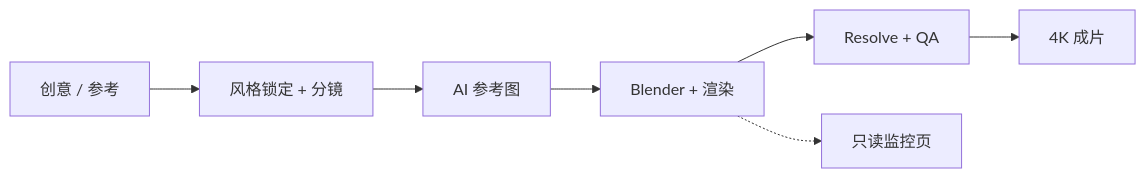
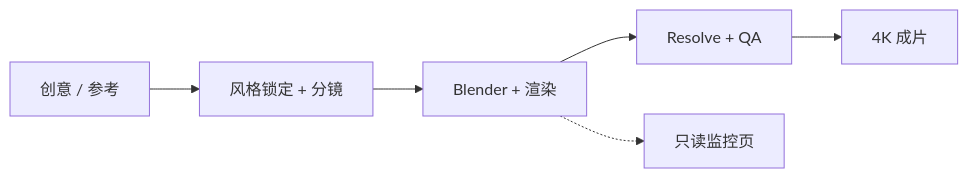
The first of 2 diagrams in README.md (yoruuuchan/create-blender-story-video), drawn with Mermaid before and after one commit.

Commit message:
docs: simplify the pipeline diagram to five stages

````diff
--- a/README.md
+++ b/README.md
@@ -11,9 +11,8 @@
 ```mermaid
 flowchart LR
     A[创意 / 参考] --> B[风格锁定 + 分镜]
-    B --> C[AI 参考图]
-    C --> D[Blender + 渲染]
-    D --> E[Resolve + QA]
-    E --> F[4K 成片]
-    D -.-> M[只读监控页]
+    B --> C[Blender + 渲染]
+    C --> D[Resolve + QA]
+    D --> E[4K 成片]
+    C -.-> M[只读监控页]
 ```
````
